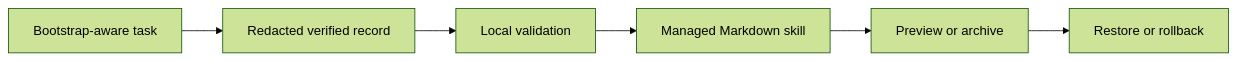
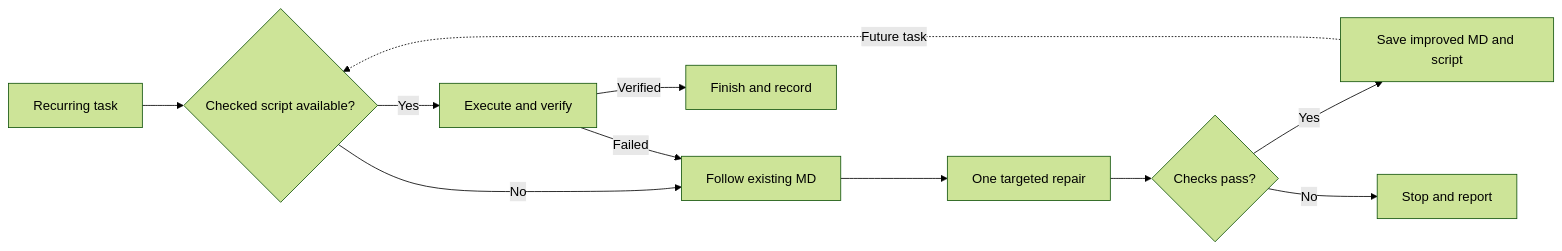
One commit to sojuhub/oh-my-aside changed the diagram in README.md. Above: the diagram before and after it, drawn with Mermaid (forest theme). The commit also changed other lines of this file and 15 other files, not shown here.

Commit message:
Add verified script reuse and bounded Markdown recovery

````diff
--- a/README.md
+++ b/README.md
@@ -9,8 +9,13 @@
 ```mermaid
 flowchart LR
-  A[Bootstrap-aware task] --> B[Redacted verified record]
-  B --> C[Local validation]
-  C --> D[Managed Markdown skill]
-  D --> E[Preview or archive]
-  E --> F[Restore or rollback]
+  A[Recurring task] --> B{Checked script available?}
+  B -->|Yes| C[Execute and verify]
+  B -->|No| D[Follow existing MD]
+  C -->|Verified| E[Finish and record]
+  C -->|Failed| D
+  D --> F[One targeted repair]
+  F --> G{Checks pass?}
+  G -->|Yes| H[Save improved MD and script]
+  G -->|No| I[Stop and report]
+  H -.->|Future task| B
 ```
````
